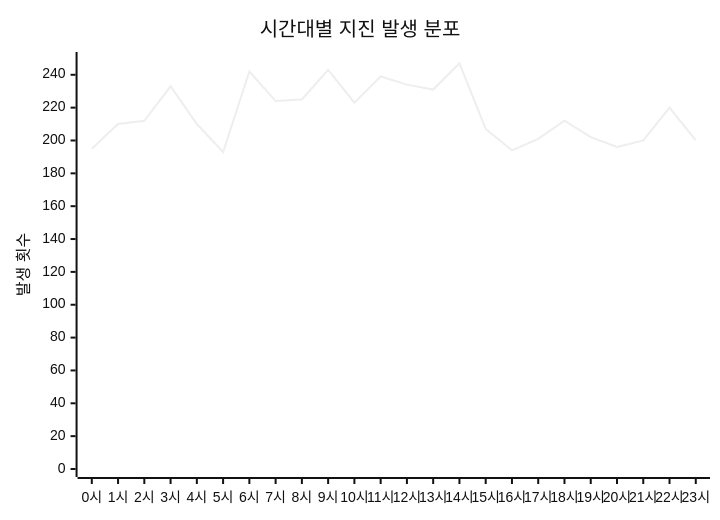
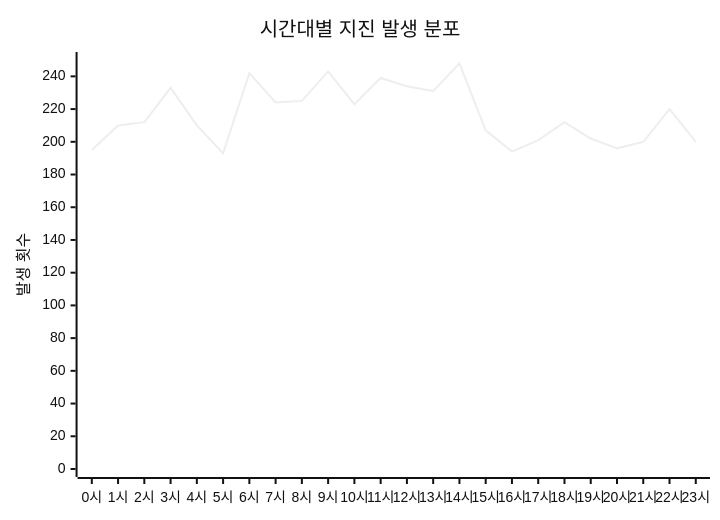
The diagram in charts/time-chart.md (serendip811/japan-eq), drawn with Mermaid (neutral theme) before and after one commit. The commit also changed other lines of this file and 5 other files, not shown here.

Commit message:
Update earthquake data and charts Fri Aug 14 15:47:08 UTC 2026

````diff
--- a/charts/time-chart.md
+++ b/charts/time-chart.md
@@ -3,7 +3,7 @@
 ```mermaid
 xychart-beta
     title "시간대별 지진 발생 분포"
     x-axis ["0시", "1시", "2시", "3시", "4시", "5시", "6시", "7시", "8시", "9시", "10시", "11시", "12시", "13시", "14시", "15시", "16시", "17시", "18시", "19시", "20시", "21시", "22시", "23시"]
-    y-axis "발생 횟수" 0 --> 249
-    line [195, 210, 212, 233, 210, 193, 242, 224, 225, 243, 223, 239, 234, 231, 247, 207, 194, 201, 212, 202, 196, 200, 220, 200]
+    y-axis "발생 횟수" 0 --> 250
+    line [195, 210, 212, 233, 210, 193, 242, 224, 225, 243, 223, 239, 234, 231, 248, 207, 194, 201, 212, 202, 196, 200, 220, 200]
 ```
````
